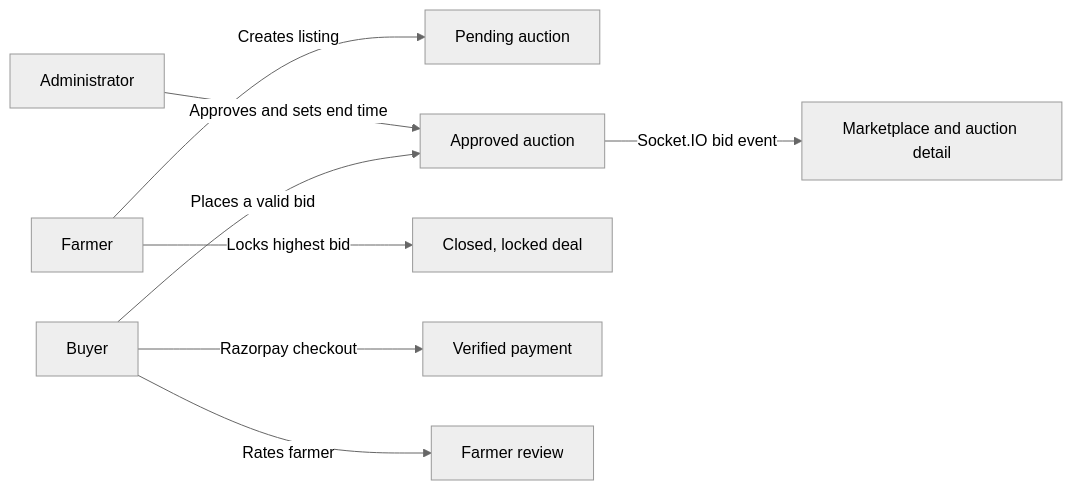
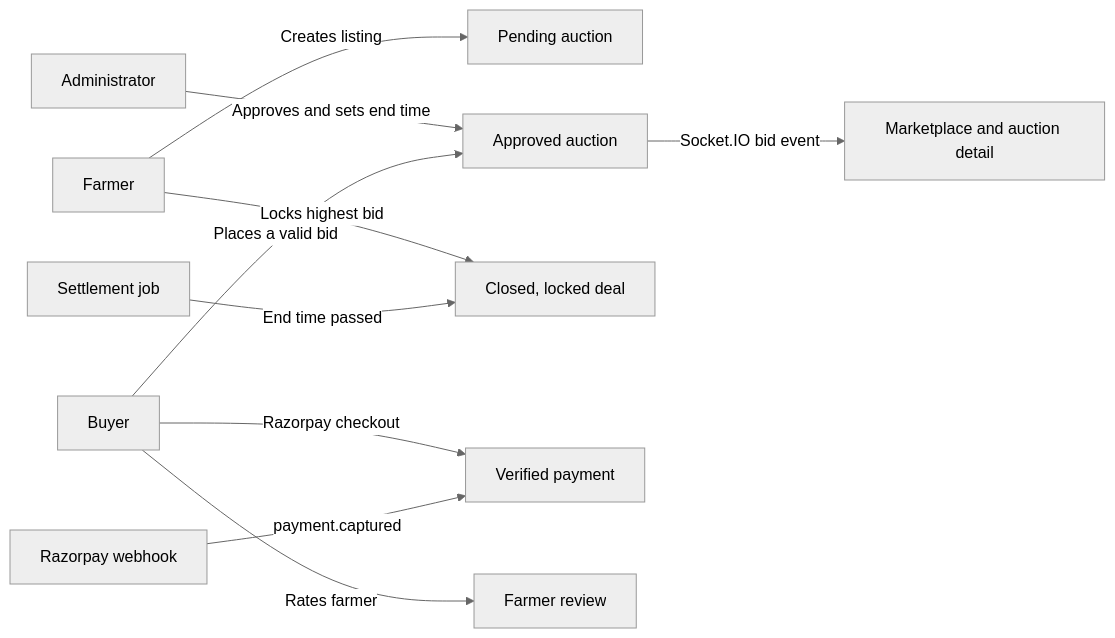
The first of 2 diagrams in README.md (MalayShikharSoni/FarmEasy), drawn with Mermaid (neutral theme) before and after one commit. The commit also changed other lines of this file and 49 other files, not shown here.

````diff
--- a/README.md
+++ b/README.md
@@ -22,10 +26,12 @@
 ```mermaid
 flowchart LR
     Farmer[Farmer] -->|Creates listing| Pending[Pending auction]
     Admin[Administrator] -->|Approves and sets end time| Approved[Approved auction]
     Buyer[Buyer] -->|Places a valid bid| Approved
     Approved -->|Socket.IO bid event| Marketplace[Marketplace and auction detail]
     Farmer -->|Locks highest bid| Deal[Closed, locked deal]
+    Timer[Settlement job] -->|End time passed| Deal
     Buyer -->|Razorpay checkout| Payment[Verified payment]
+    Razorpay[Razorpay webhook] -->|payment.captured| Payment
     Buyer -->|Rates farmer| Review[Farmer review]
 ```
````
